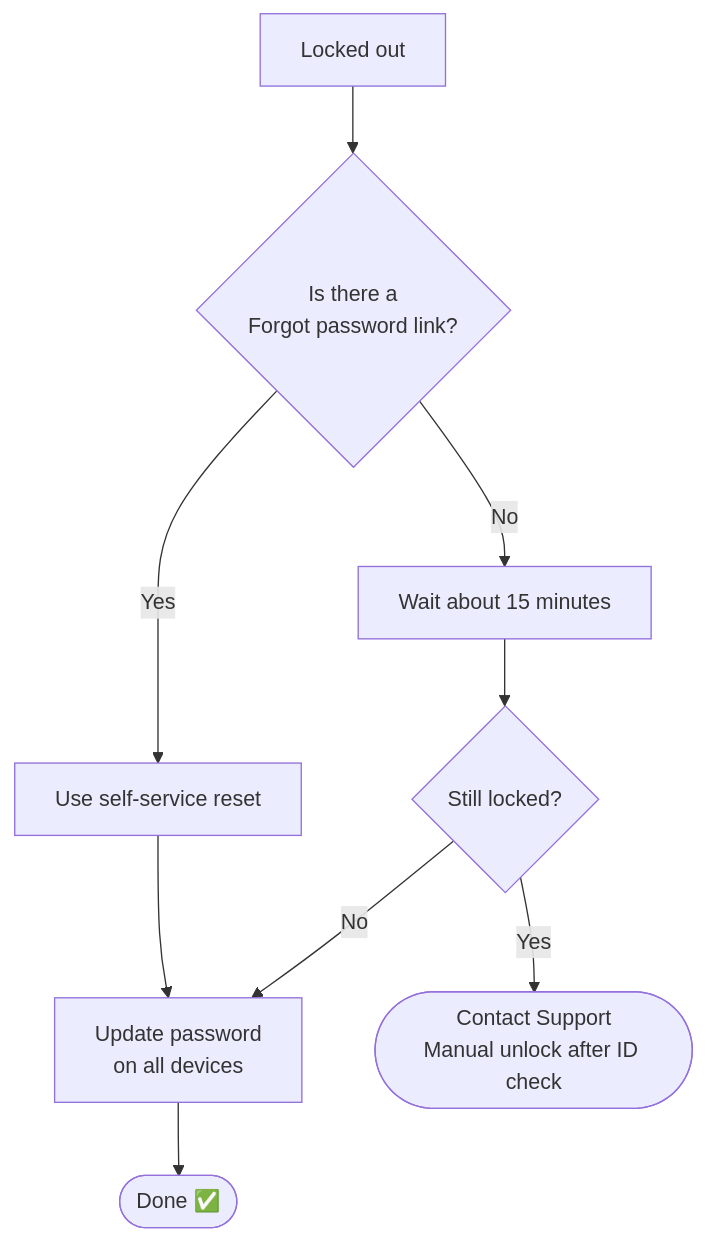
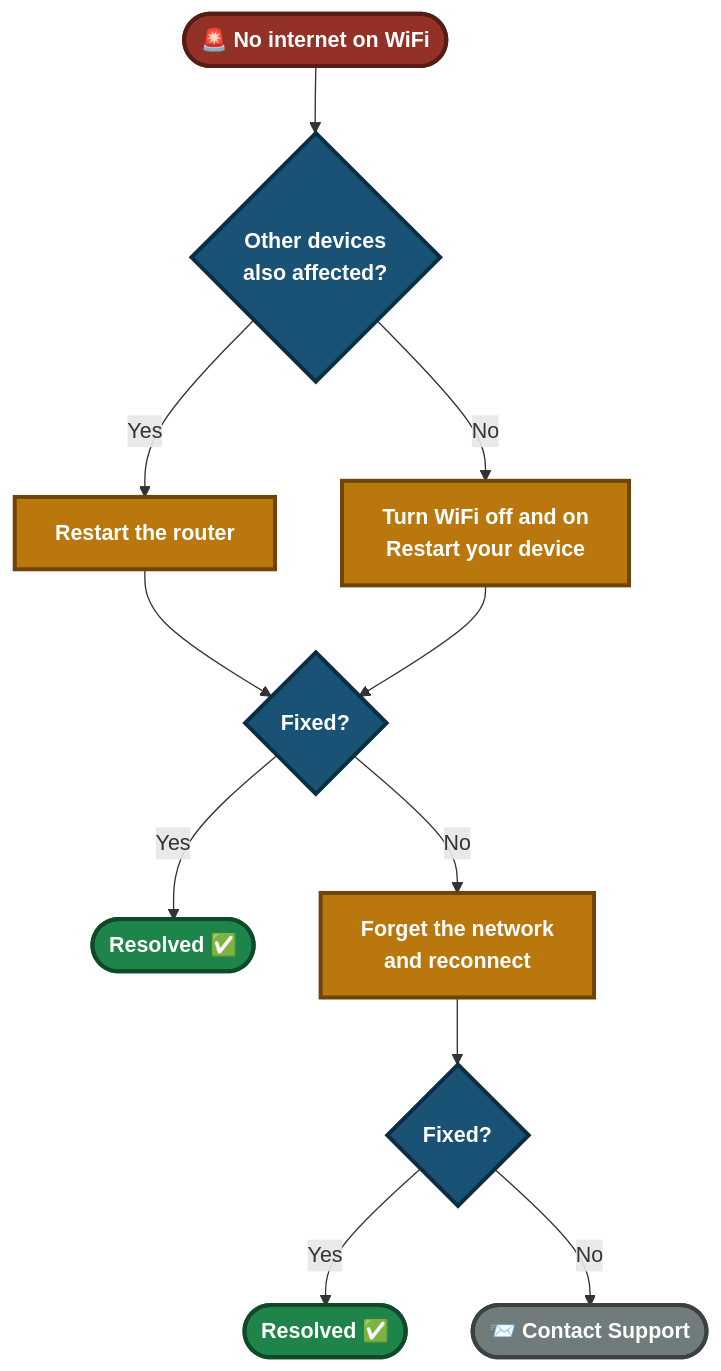
The second of 3 diagrams in 04-Solution-guides/04.5-Password-Reset-Guide.md (malaika-azhar/Customer-Tech-Support-Portfolio), drawn with Mermaid before and after one commit. The commit also changed other lines of this file, not shown here.

````diff
--- a/04-Solution-guides/04.5-Password-Reset-Guide.md
+++ b/04-Solution-guides/04.5-Password-Reset-Guide.md
@@ -58,11 +171,19 @@
 ```mermaid
 flowchart TD
-    A["Locked out"] --> B{"Is there a<br/>Forgot password link?"}
-    B -->|Yes| C["Use self-service reset"]
-    B -->|No| D["Wait about 15 minutes"]
-    C --> E["Update password<br/>on all devices"]
-    D --> F{"Still locked?"}
-    F -->|No| E
-    F -->|Yes| G(["Contact Support<br/>Manual unlock after ID check"])
-    E --> End(["Done ✅"])
+    A(["🚨 No internet on WiFi"]):::start --> B{"Other devices<br/>also affected?"}:::step
+    B -->|Yes| C["Restart the router"]:::fix
+    B -->|No| D["Turn WiFi off and on<br/>Restart your device"]:::fix
+    C --> E{"Fixed?"}:::step
+    D --> E
+    E -->|Yes| End1(["Resolved ✅"]):::ok
+    E -->|No| F["Forget the network<br/>and reconnect"]:::fix
+    F --> G{"Fixed?"}:::step
+    G -->|Yes| End2(["Resolved ✅"]):::ok
+    G -->|No| H(["📨 Contact Support"]):::esc
+
+    classDef start fill:#943126,stroke:#571C16,stroke-width:3px,color:#FFFFFF,font-weight:bold
+    classDef step fill:#1A5276,stroke:#0B2E43,stroke-width:3px,color:#FFFFFF,font-weight:bold
+    classDef fix fill:#B9770E,stroke:#6E4409,stroke-width:3px,color:#FFFFFF,font-weight:bold
+    classDef ok fill:#1E8449,stroke:#0E4A28,stroke-width:3px,color:#FFFFFF,font-weight:bold
+    classDef esc fill:#707B7C,stroke:#3B4142,stroke-width:3px,color:#FFFFFF,font-weight:bold
 ```
````
